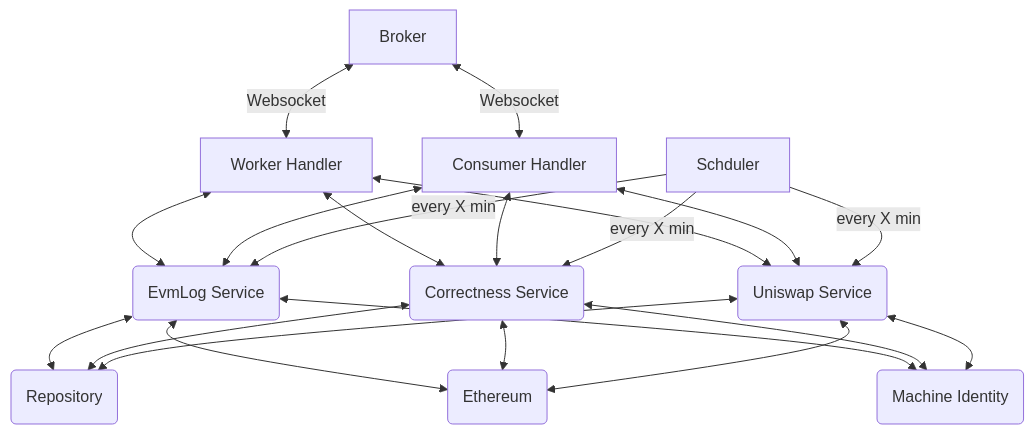
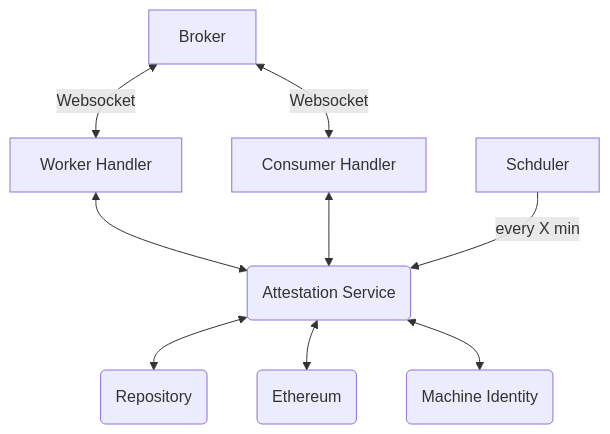
One commit to TimeleapLabs/unchained changed the first of 6 diagrams in Developer-Guide.md. Above: the diagram before and after it, drawn with Mermaid. The commit also changed other lines of this file and 61 other files, not shown here.

````diff
--- a/Developer-Guide.md
+++ b/Developer-Guide.md
@@ -28,24 +28,12 @@
 ```mermaid
 flowchart TD
     X[Broker] <--> |Websocket|Y[Worker Handler]
     X[Broker] <--> |Websocket|Z[Consumer Handler]
-    Y[Worker Handler] <--> B(EvmLog Service)
-    Y[Worker Handler] <--> C(Correctness Service)
-    Y[Worker Handler] <--> D(Uniswap Service)
-    Z[Consumer Handler] <--> B(EvmLog Service)
-    Z[Consumer Handler] <--> C(Correctness Service)
-    Z[Consumer Handler] <--> D(Uniswap Service)
-    E[Schduler] -->|every X min| B(EvmLog Service)
-    E[Schduler] -->|every X min| C(Correctness Service)
-    E[Schduler] -->|every X min| D(Uniswap Service)
-    B(EvmLog Service) <--> U(Repository)
-    C(Correctness Service) <--> U(Repository)
-    D(Uniswap Service) <--> U(Repository)
-    B(EvmLog Service) <--> V(Ethereum)
-    C(Correctness Service) <--> V(Ethereum)
-    D(Uniswap Service) <--> V(Ethereum)
-    B(EvmLog Service) <--> M(Machine Identity)
-    C(Correctness Service) <--> M(Machine Identity)
-    D(Uniswap Service) <--> M(Machine Identity)
+    Y[Worker Handler] <--> C(Attestation Service)
+    Z[Consumer Handler] <--> C(Attestation Service)
+    E[Schduler] -->|every X min| C(Attestation Service)
+    C(Attestation Service) <--> U(Repository)
+    C(Attestation Service) <--> V(Ethereum)
+    C(Attestation Service) <--> M(Machine Identity)
 
 ```
````
